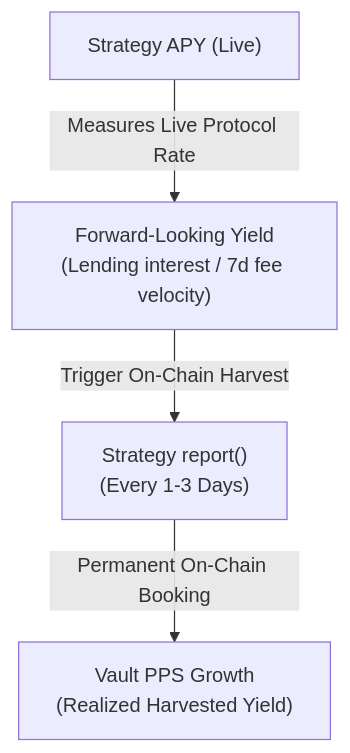
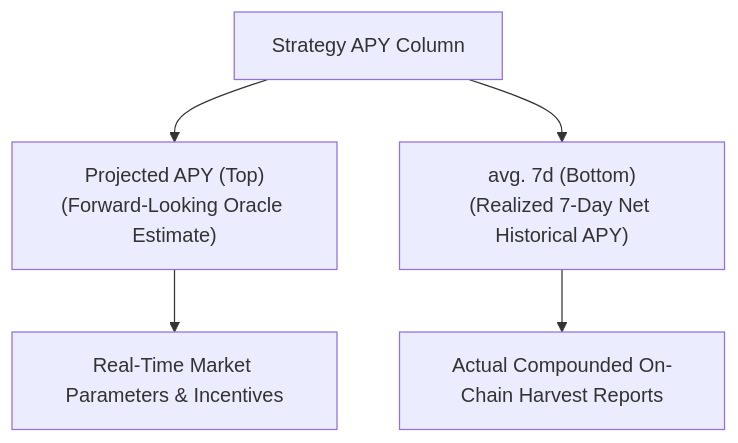
One commit to aihedge-finance/aihedge-doc changed the second of 2 diagrams in docs/live-features/yield-vaults/understanding-charts-and-apy.mdx. Above: the diagram before and after it, drawn with Mermaid. The commit also changed other lines of this file and 16 other files, not shown here.

````diff
--- a/docs/live-features/yield-vaults/understanding-charts-and-apy.mdx
+++ b/docs/live-features/yield-vaults/understanding-charts-and-apy.mdx
@@ -99,6 +103,7 @@
 ```mermaid
 graph TD
-    A["Strategy APY (Live)"] -->|"Measures Live Protocol Rate"| B["Forward-Looking Yield<br/>(Lending interest / 7d fee velocity)"]
-    B -->|"Trigger On-Chain Harvest"| C["Strategy report()<br/>(Every 1-3 Days)"]
-    C -->|"Permanent On-Chain Booking"| D["Vault PPS Growth<br/>(Realized Harvested Yield)"]
+    A["Strategy APY Column"] --> B["Projected APY (Top)<br/>(Forward-Looking Oracle Estimate)"]
+    A --> C["avg. 7d (Bottom)<br/>(Realized 7-Day Net Historical APY)"]
+    B --> D["Real-Time Market Parameters & Incentives"]
+    C --> E["Actual Compounded On-Chain Harvest Reports"]
 ```
````
